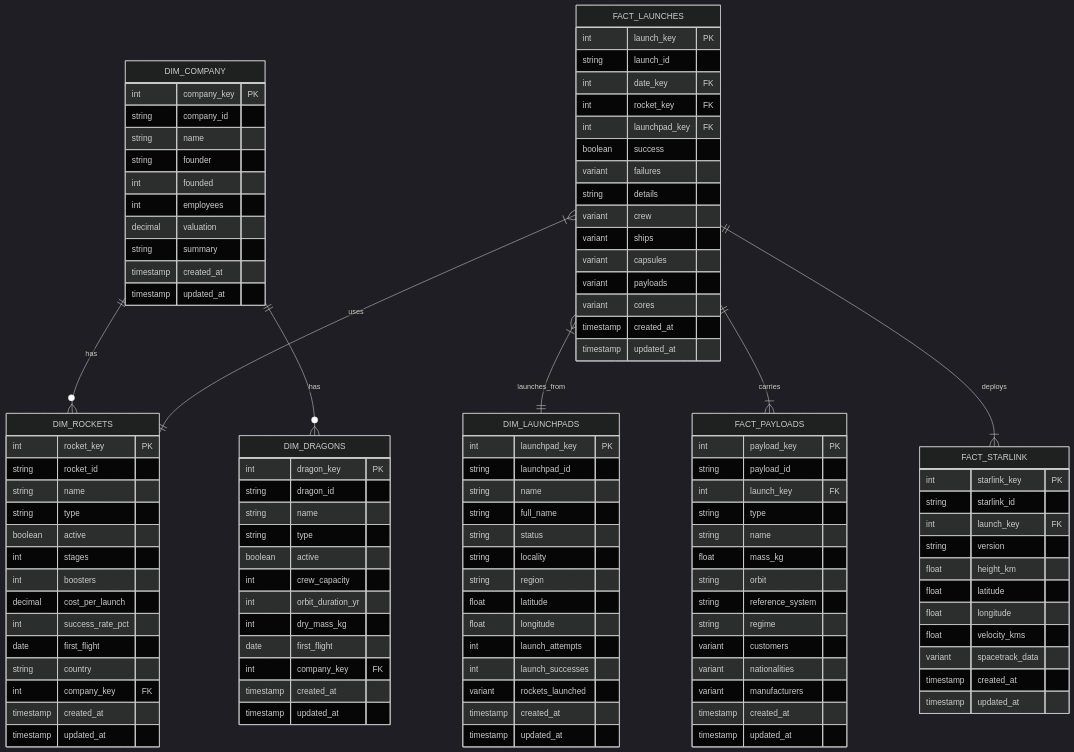
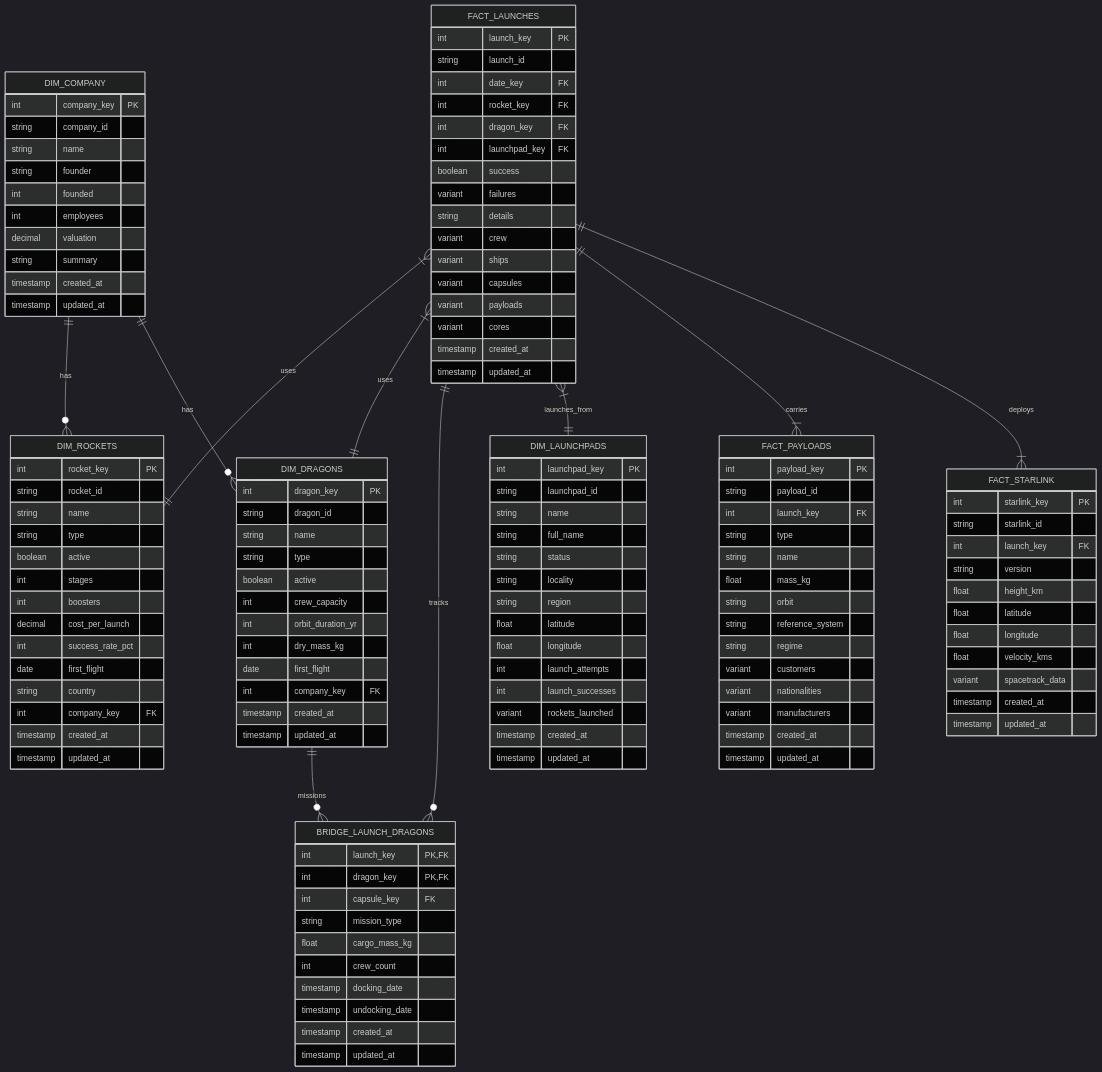
The third of 5 diagrams in documents/spacex_data_model.md (SiangbaMM/spacex_data_pipeline), drawn with Mermaid (dark theme) before and after one commit.

Commit message:
Doc : Update docs. to add rel. between launches and dragons

```diff
--- a/documents/spacex_data_model.md
+++ b/documents/spacex_data_model.md
@@ -246,7 +246,7 @@
         timestamp updated_at
     }
 
-    DIM_LAUNCHPADS {
+	DIM_LAUNCHPADS {
         int launchpad_key PK
         string launchpad_id
         string name
@@ -262,12 +262,12 @@
         timestamp created_at
         timestamp updated_at
     }
-
     FACT_LAUNCHES {
         int launch_key PK
         string launch_id
         int date_key FK
         int rocket_key FK
+        int dragon_key FK
         int launchpad_key FK
         boolean success
         variant failures
@@ -277,6 +277,19 @@
         variant capsules
         variant payloads
         variant cores
+        timestamp created_at
+        timestamp updated_at
+    }
+
+    BRIDGE_LAUNCH_DRAGONS {
+        int launch_key PK,FK
+        int dragon_key PK,FK
+        int capsule_key FK
+        string mission_type
+        float cargo_mass_kg
+        int crew_count
+        timestamp docking_date
+        timestamp undocking_date
         timestamp created_at
         timestamp updated_at
     }
@@ -298,7 +311,7 @@
         timestamp updated_at
     }
 
-    FACT_STARLINK {
+	FACT_STARLINK {
         int starlink_key PK
         string starlink_id
         int launch_key FK
@@ -315,6 +328,9 @@
     DIM_COMPANY ||--o{ DIM_ROCKETS : "has"
     DIM_COMPANY ||--o{ DIM_DRAGONS : "has"
     FACT_LAUNCHES }|--|| DIM_ROCKETS : "uses"
+    FACT_LAUNCHES }|--|| DIM_DRAGONS : "uses"
+    FACT_LAUNCHES ||--o{ BRIDGE_LAUNCH_DRAGONS : "tracks"
+    DIM_DRAGONS ||--o{ BRIDGE_LAUNCH_DRAGONS : "missions"
     FACT_LAUNCHES }|--|| DIM_LAUNCHPADS : "launches_from"
     FACT_LAUNCHES ||--|{ FACT_PAYLOADS : "carries"
     FACT_LAUNCHES ||--|{ FACT_STARLINK : "deploys"
```
